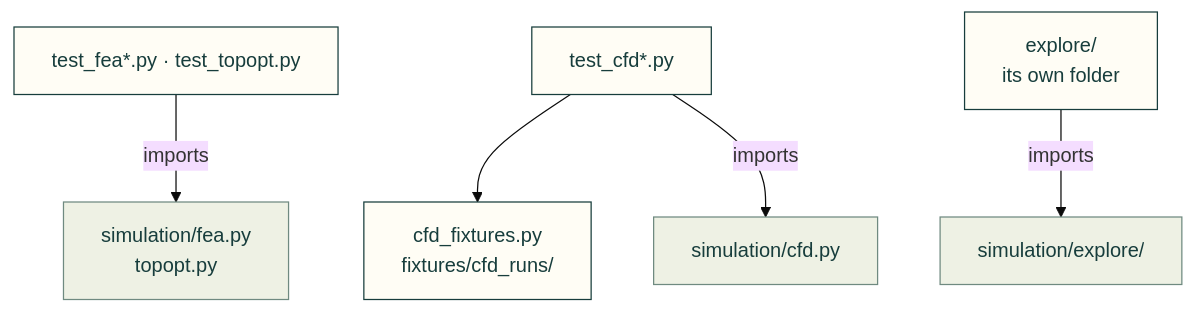
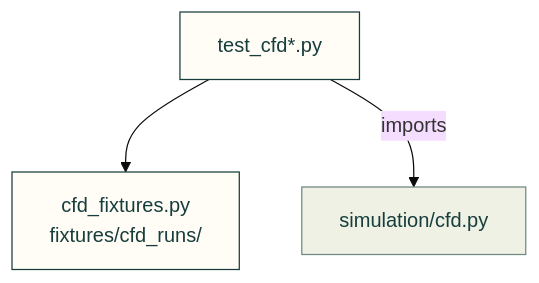
One commit to Valpatel/cad-agent changed the second of 3 diagrams in tests/simulation/README.md. Above: the diagram before and after it, drawn with Mermaid (base theme). The commit also changed other lines of this file and 26 other files, not shown here.

Commit message:
docs(repo): make published folder diagrams readable across screen sizes

````diff
--- a/tests/simulation/README.md
+++ b/tests/simulation/README.md
@@ -9,12 +25,13 @@
 ```mermaid
 flowchart TD
-    F["test_fea*.py · test_topopt.py"] -->|"imports"| FE["simulation/fea.py<br/>topopt.py"]
-    C["test_cfd*.py"] --> H["cfd_fixtures.py<br/>fixtures/cfd_runs/"]
-    E["explore/<br/>its own folder"] -->|"imports"| X["simulation/explore/"]
-    C -->|"imports"| CF["simulation/cfd.py"]
+    C["test_cfd*.py"]
+    H["cfd_fixtures.py<br/>fixtures/cfd_runs/"]
+    CF["simulation/cfd.py"]
+    C --> H
+    C -->|"imports"| CF
     classDef here fill:#fffdf5,stroke:#173d3c,color:#173d3c
     classDef near fill:#eef1e4,stroke:#6f8a80,color:#173d3c
     classDef out fill:#ffe1cc,stroke:#bd3a12,color:#173d3c
-    class F,C,E,H here
-    class FE,CF,X near
+    class C,H here
+    class CF near
 ```
````
